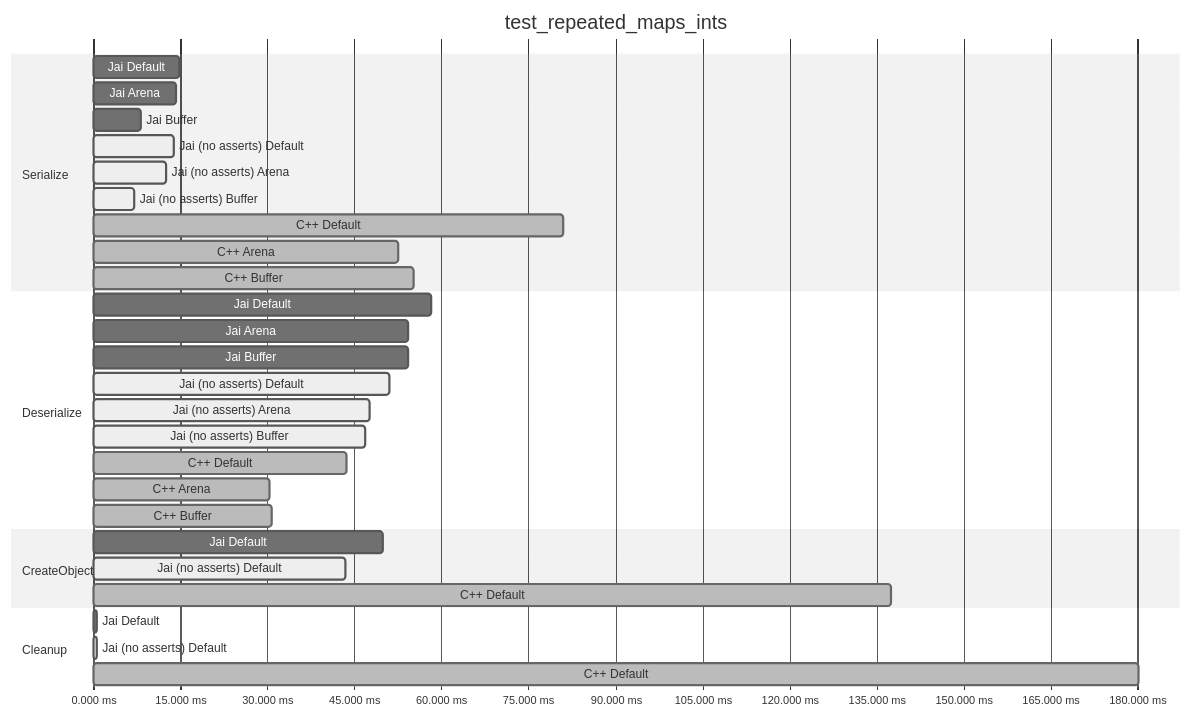
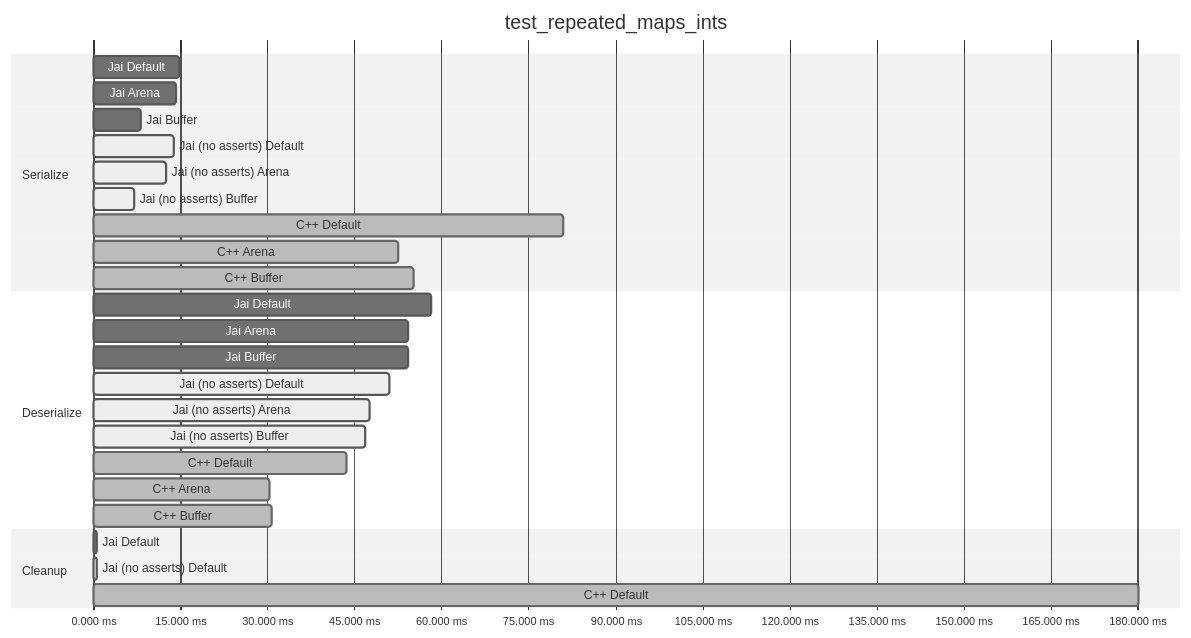
One commit to segcore/jai-protobuf-timings changed the fifth of 7 diagrams in README.md. Above: the diagram before and after it, drawn with Mermaid (neutral theme). The commit also changed other lines of this file and 1 other file, not shown here.

Commit message:
Ignore CreateObject for plots, objects can be created in many ways.

````diff
--- a/README.md
+++ b/README.md
@@ -156,34 +140,30 @@
 ```mermaid
 gantt
     title test_repeated_maps_ints
     dateFormat x
     axisFormat %s.%L ms
     section Serialize
         Jai Default : 0, 14.854857s
         Jai Arena : 0, 14.156251s
         Jai Buffer : 0, 8.065217s
         Jai (no asserts) Default :active, 0, 13.89331s
         Jai (no asserts) Arena :active, 0, 12.598796s
         Jai (no asserts) Buffer :active, 0, 7.080132s
         C++ Default :done, 0, 81.006099s
         C++ Arena :done, 0, 52.51317s
         C++ Buffer :done, 0, 55.215607s
     section Deserialize
         Jai Default : 0, 58.133545s
         Jai Arena : 0, 54.323349s
         Jai Buffer : 0, 54.173507s
         Jai (no asserts) Default :active, 0, 51.067858s
         Jai (no asserts) Arena :active, 0, 47.587862s
         Jai (no asserts) Buffer :active, 0, 46.763882s
         C++ Default :done, 0, 43.560041s
         C++ Arena :done, 0, 30.420694s
         C++ Buffer :done, 0, 30.746373s
-    section CreateObject
-        Jai Default : 0, 49.926626s
-        Jai (no asserts) Default :active, 0, 43.420958s
-        C++ Default :done, 0, 137.496343s
     section Cleanup
         Jai Default : 0, 0.563285s
         Jai (no asserts) Default :active, 0, 0.601231s
         C++ Default :done, 0, 180.168408s
 ```
````
